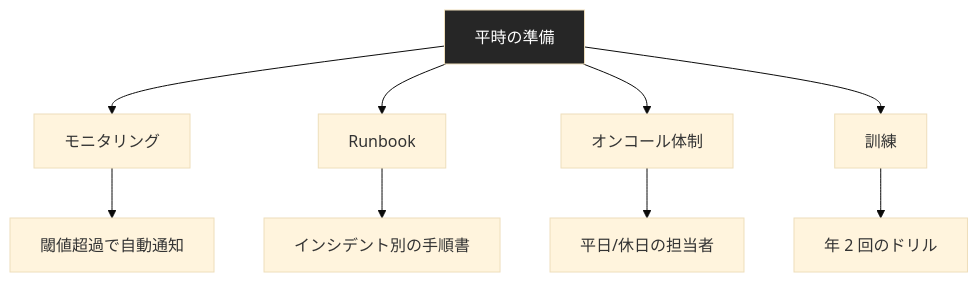
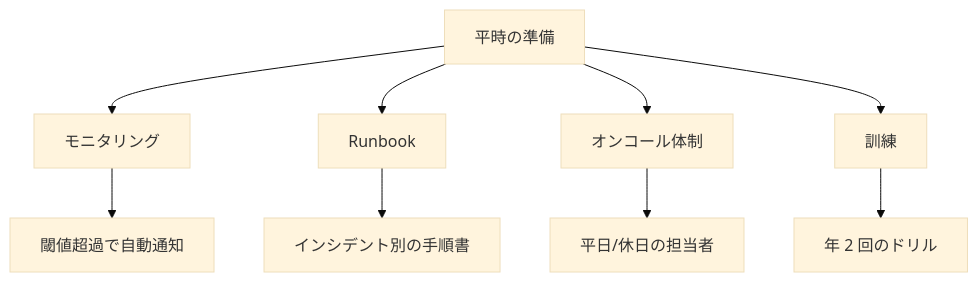
One commit to dinekt/dinekt-wiki changed the third of 3 diagrams in docs/tech-notes/llm-アプリのインシデント対応.md. Above: the diagram before and after it, drawn with Mermaid (base theme). The commit also changed other lines of this file and 70 other files, not shown here.

First line of the commit message:
fix(mermaid): strip all inline styling, rely on theme

````diff
--- a/docs/tech-notes/llm-アプリのインシデント対応.md
+++ b/docs/tech-notes/llm-アプリのインシデント対応.md
@@ -109,14 +105,13 @@
 ```mermaid
 flowchart TD
     P[平時の準備] --> M[モニタリング]
     P --> R[Runbook]
     P --> O[オンコール体制]
     P --> T[訓練]
 
     M --> M1[閾値超過で自動通知]
     R --> R1[インシデント別の手順書]
     O --> O1[平日/休日の担当者]
     T --> T1[年 2 回のドリル]
 
-    style P fill:#262626,color:#fff
 ```
````
